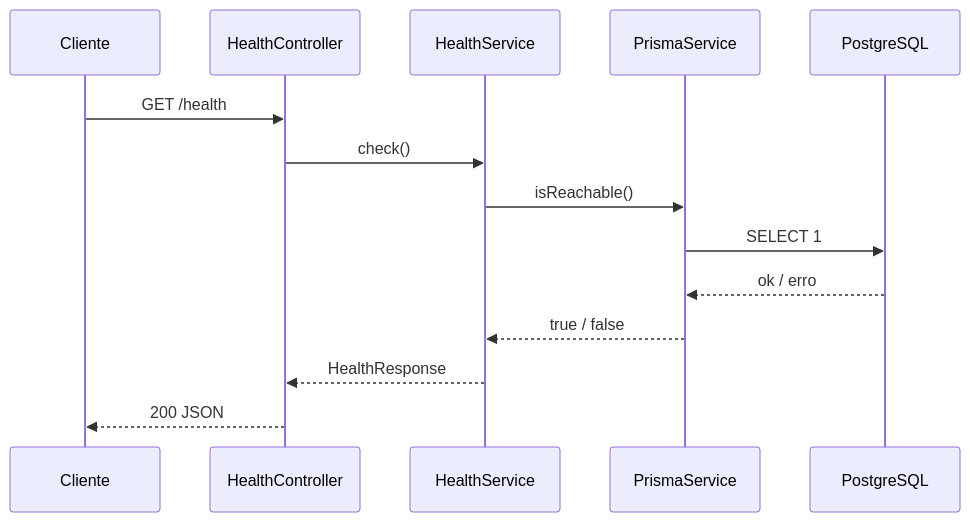
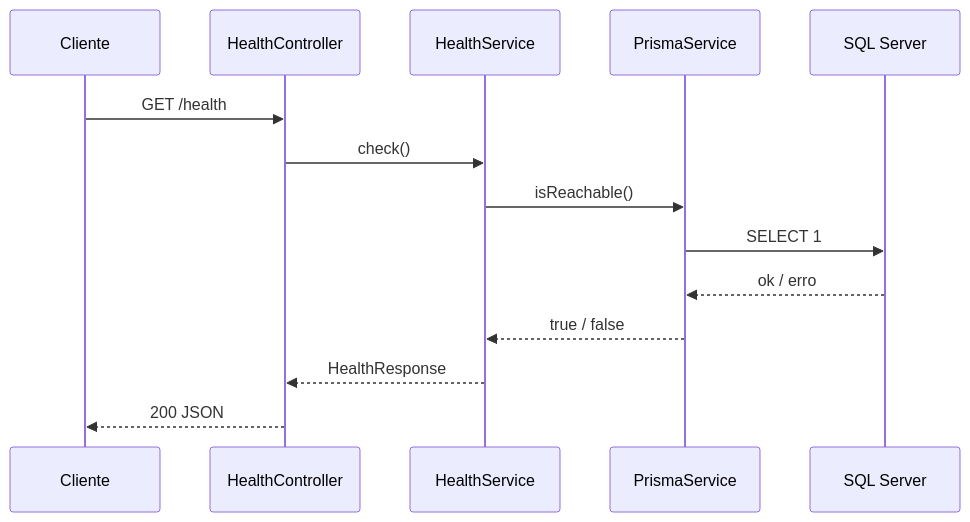
Before and after one commit to DanielSameque/Otzar: the diagram in backend/docs/endpoints/health.md, drawn with Mermaid. The commit also changed other lines of this file and 13 other files, not shown here.

Commit message:
Refactor backend to switch from PostgreSQL to SQL Server 2025. Update environment configuration, Docker setup, and Prisma integration. Modify documentation to reflect changes in database technology and connection details. Ensure compatibility with Azure SQL Database for production deployment.

````diff
--- a/backend/docs/endpoints/health.md
+++ b/backend/docs/endpoints/health.md
@@ -53,17 +55,17 @@
 ```mermaid
 sequenceDiagram
     participant C as Cliente
     participant HC as HealthController
     participant HS as HealthService
     participant P as PrismaService
-    participant DB as PostgreSQL
+    participant DB as SQL Server
 
     C->>HC: GET /health
     HC->>HS: check()
     HS->>P: isReachable()
     P->>DB: SELECT 1
     DB-->>P: ok / erro
     P-->>HS: true / false
     HS-->>HC: HealthResponse
     HC-->>C: 200 JSON
 ```
````
